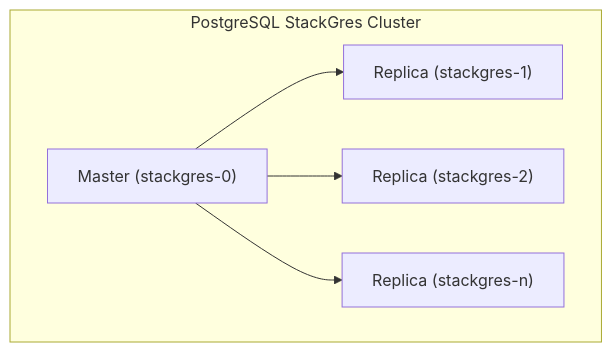
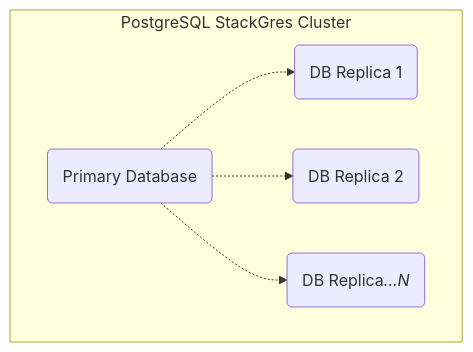
The diagram in doc/content/en/05-postgres-administration/02-patroni-management/_index.md (ongres/stackgres), drawn with Mermaid before and after one commit.

Commit message:
Fix issues in hugo to render mermaid graphs
Change the diagram layout using a layout proposed in the MR 214 and
add brackets to support shortcode.

````diff
--- a/doc/content/en/05-postgres-administration/02-patroni-management/_index.md
+++ b/doc/content/en/05-postgres-administration/02-patroni-management/_index.md
@@ -10,8 +10,12 @@
-```mermaid
+{{<mermaid>}}
 graph TB
-    subgraph sgcluster["PostgreSQL StackGres Cluster"]
-        sgpg01["Master (stackgres-0)"] --> pg1S["Replica (stackgres-1)"]
-        sgpg01["Master (stackgres-0)"] -->  pg2S["Replica (stackgres-2)"]
-        sgpg01["Master (stackgres-0)"] -->  pg3S["Replica (stackgres-n)"]
+    stackgres-0 -.-> stackgres-1
+    stackgres-0 -.-> stackgres-2
+    stackgres-0 -.-> stackgres-N
+    subgraph PostgreSQL StackGres Cluster
+        stackgres-0(Primary Database)
+        stackgres-1(DB Replica 1)
+        stackgres-2(DB Replica 2)
+        stackgres-N(DB Replica<i>...N</i>)
     end
-```
+{{</mermaid>}}
````
